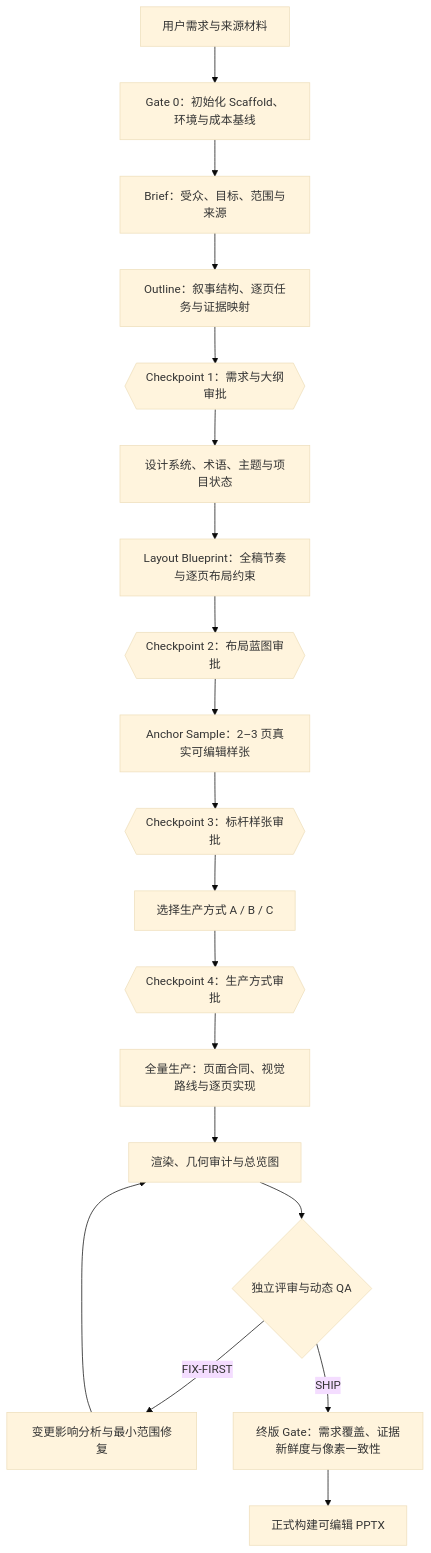
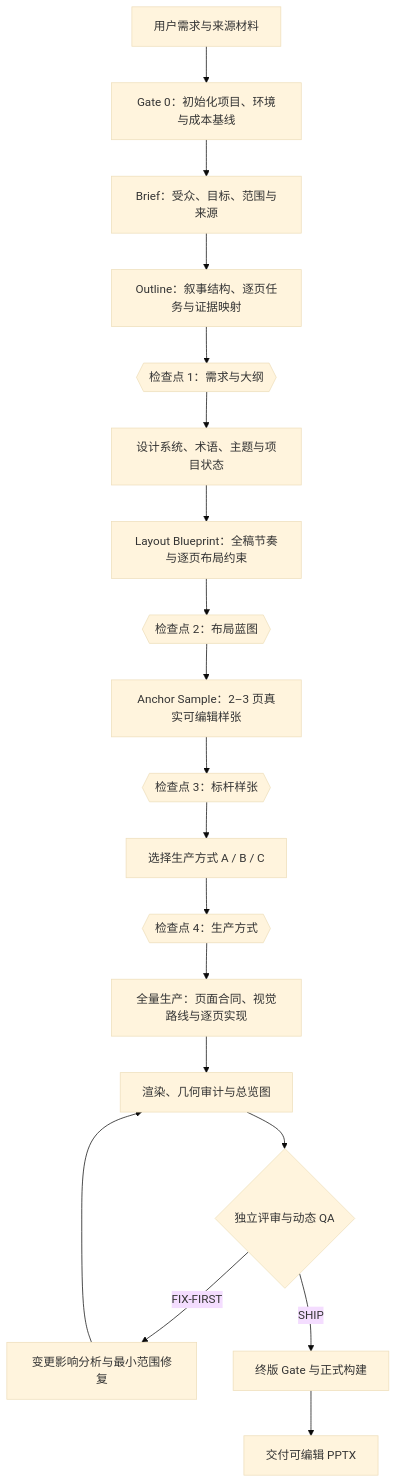
Before and after one commit to Westwell-IInnovation-Products/Innovation-product-PPT: the diagram in leander-ppt/README.md, drawn with Mermaid (base theme). The commit also changed other lines of this file and 1 other file, not shown here.

````diff
--- a/leander-ppt/README.md
+++ b/leander-ppt/README.md
@@ -161,21 +61,21 @@
 ```mermaid
 flowchart TD
-    A["用户需求与来源材料"] --> G0["Gate 0：初始化 Scaffold、环境与成本基线"]
+    A["用户需求与来源材料"] --> G0["Gate 0：初始化项目、环境与成本基线"]
     G0 --> B["Brief：受众、目标、范围与来源"]
     B --> O["Outline：叙事结构、逐页任务与证据映射"]
-    O --> C1{{"Checkpoint 1：需求与大纲审批"}}
+    O --> C1{{"检查点 1：需求与大纲"}}
     C1 --> D["设计系统、术语、主题与项目状态"]
     D --> L["Layout Blueprint：全稿节奏与逐页布局约束"]
-    L --> C2{{"Checkpoint 2：布局蓝图审批"}}
+    L --> C2{{"检查点 2：布局蓝图"}}
     C2 --> S["Anchor Sample：2–3 页真实可编辑样张"]
-    S --> C3{{"Checkpoint 3：标杆样张审批"}}
+    S --> C3{{"检查点 3：标杆样张"}}
     C3 --> M["选择生产方式 A / B / C"]
-    M --> C4{{"Checkpoint 4：生产方式审批"}}
+    M --> C4{{"检查点 4：生产方式"}}
     C4 --> P["全量生产：页面合同、视觉路线与逐页实现"]
     P --> R["渲染、几何审计与总览图"]
     R --> Q{"独立评审与动态 QA"}
     Q -->|"FIX-FIRST"| I["变更影响分析与最小范围修复"]
     I --> R
-    Q -->|"SHIP"| F["终版 Gate：需求覆盖、证据新鲜度与像素一致性"]
-    F --> X["正式构建可编辑 PPTX"]
+    Q -->|"SHIP"| F["终版 Gate 与正式构建"]
+    F --> X["交付可编辑 PPTX"]
 ```
````
